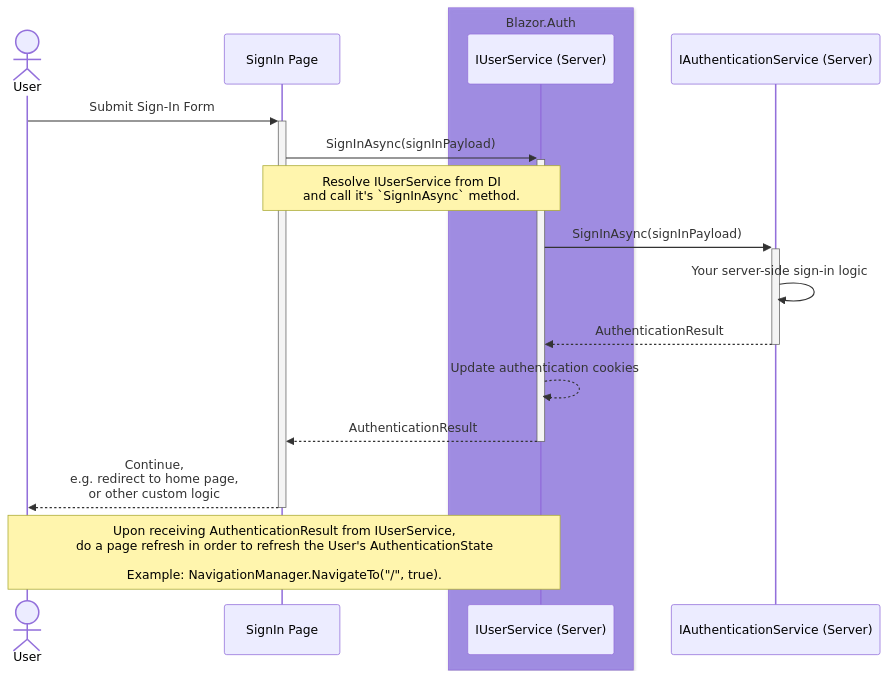
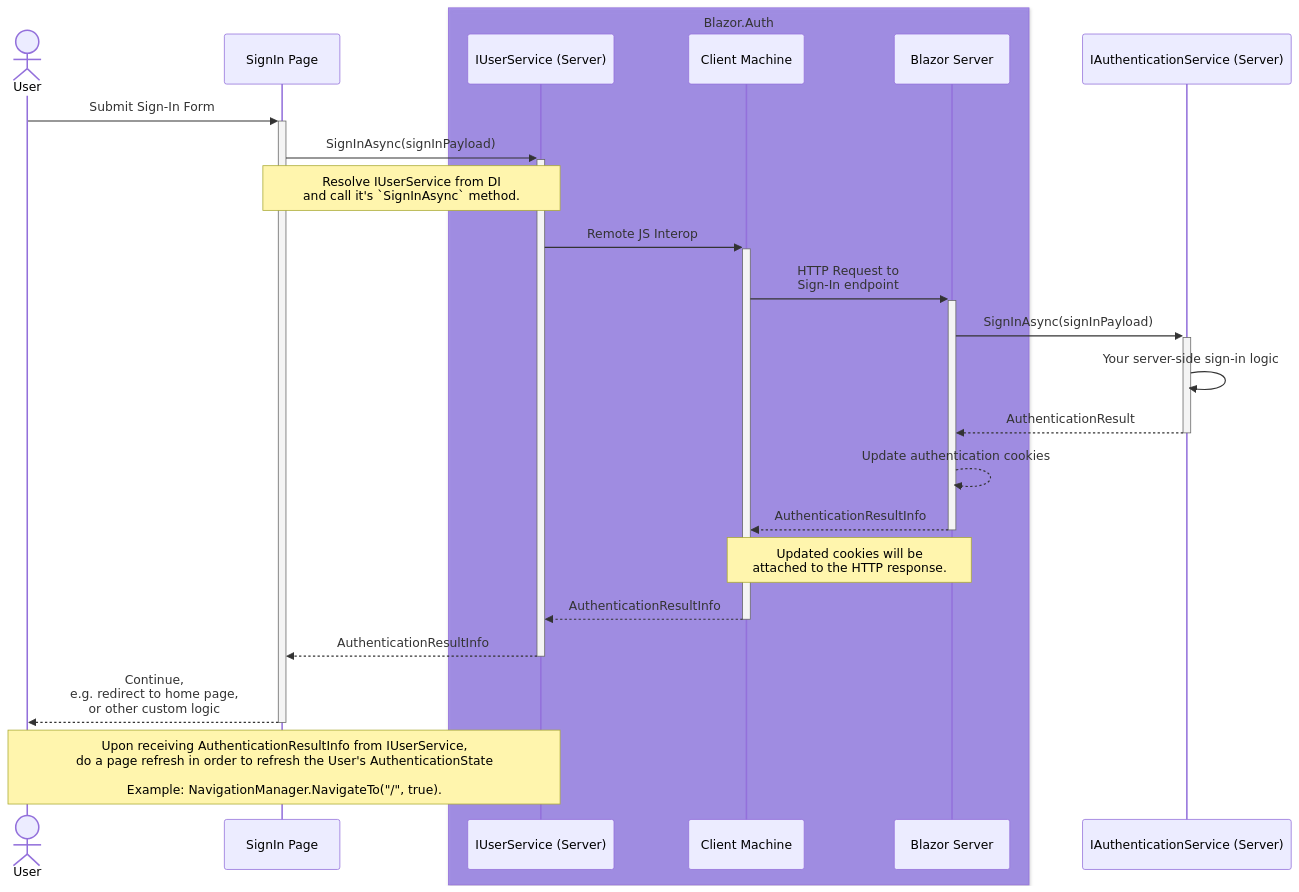
Before and after one commit to BitzArt/Blazor.Auth: the first of 3 diagrams in docs/src/04.use-cases/03.interactive-server.md, drawn with Mermaid. The commit also changed other lines of this file and 5 other files, not shown here.

````diff
--- a/docs/src/04.use-cases/03.interactive-server.md
+++ b/docs/src/04.use-cases/03.interactive-server.md
@@ -9,27 +9,36 @@
 ```mermaid
 sequenceDiagram
 
 actor user as User
 participant page as SignIn Page
 
 box rgba(101, 63, 232, 0.5) Blazor.Auth
 participant userServiceServer as IUserService (Server)
+participant blazorClient as Client Machine
+participant blazorServer as Blazor Server
 end
 
 participant authService as IAuthenticationService (Server)
 
 user ->>+ page: Submit Sign-In Form
 page ->>+ userServiceServer: SignInAsync(signInPayload)
 note over page,userServiceServer: Resolve IUserService from DI<br/> and call it's `SignInAsync` method.
 
-userServiceServer ->>+ authService: SignInAsync(signInPayload)
+userServiceServer ->>+ blazorClient: Remote JS Interop
+blazorClient ->>+ blazorServer: HTTP Request to <br/> Sign-In endpoint
+blazorServer ->>+ authService: SignInAsync(signInPayload)
 authService ->> authService: Your server-side sign-in logic
 
-authService -->>- userServiceServer: AuthenticationResult
-userServiceServer -->> userServiceServer: Update authentication cookies
+authService -->>- blazorServer: AuthenticationResult
+blazorServer -->> blazorServer: Update authentication cookies
 
-userServiceServer -->>- page: AuthenticationResult
+blazorServer -->>- blazorClient: AuthenticationResultInfo
+note over blazorClient,blazorServer: Updated cookies will be<br/>attached to the HTTP response.
+
+blazorClient -->>- userServiceServer: AuthenticationResultInfo
+
+userServiceServer -->>- page: AuthenticationResultInfo
 page -->>- user: Continue, <br/> e.g. redirect to home page, <br/> or other custom logic
 
-note over user,userServiceServer: Upon receiving AuthenticationResult from IUserService, <br/> do a page refresh in order to refresh the User's AuthenticationState<br/><br/> Example: NavigationManager.NavigateTo("/", true).
+note over user,userServiceServer: Upon receiving AuthenticationResultInfo from IUserService, <br/> do a page refresh in order to refresh the User's AuthenticationState<br/><br/> Example: NavigationManager.NavigateTo("/", true).
 ```
````
